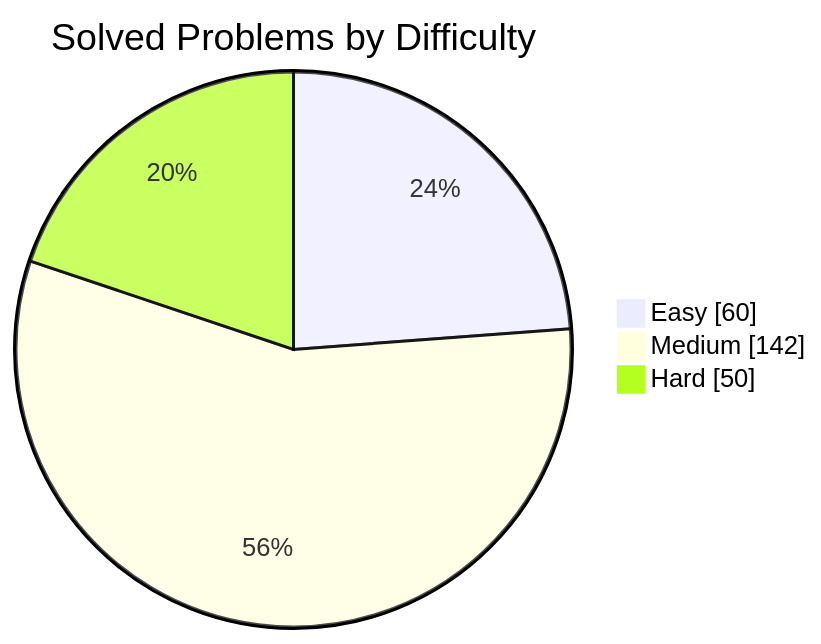
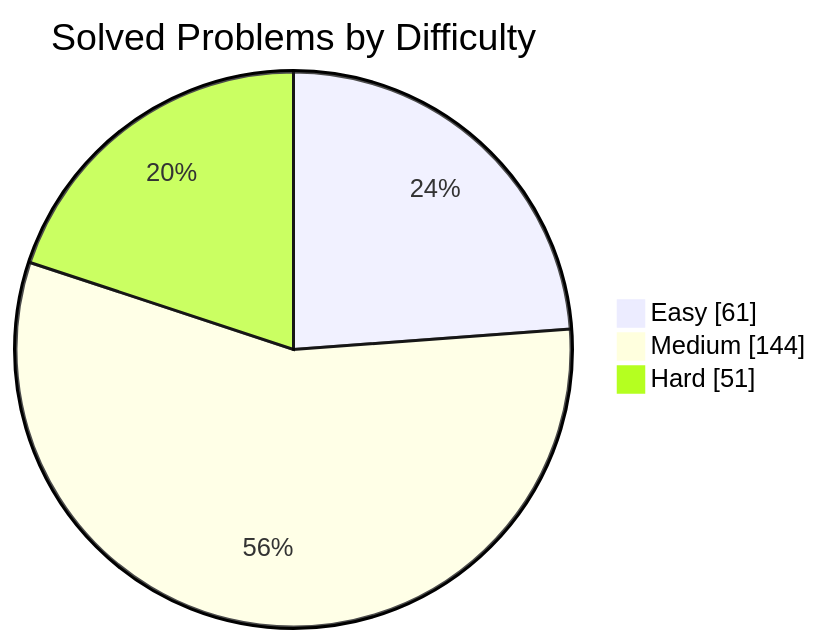
One commit to manikantbindass/DSA-Preparation-FAANG changed the first of 2 diagrams in README.md. Above: the diagram before and after it, drawn with Mermaid. The commit also changed other lines of this file and 1 other file, not shown here.

````diff
--- a/README.md
+++ b/README.md
@@ -42,7 +42,7 @@
 ```mermaid
 pie showData
     title Solved Problems by Difficulty
-    "Easy" : 60
-    "Medium" : 142
-    "Hard" : 50
+    "Easy" : 61
+    "Medium" : 144
+    "Hard" : 51
 ```
````
